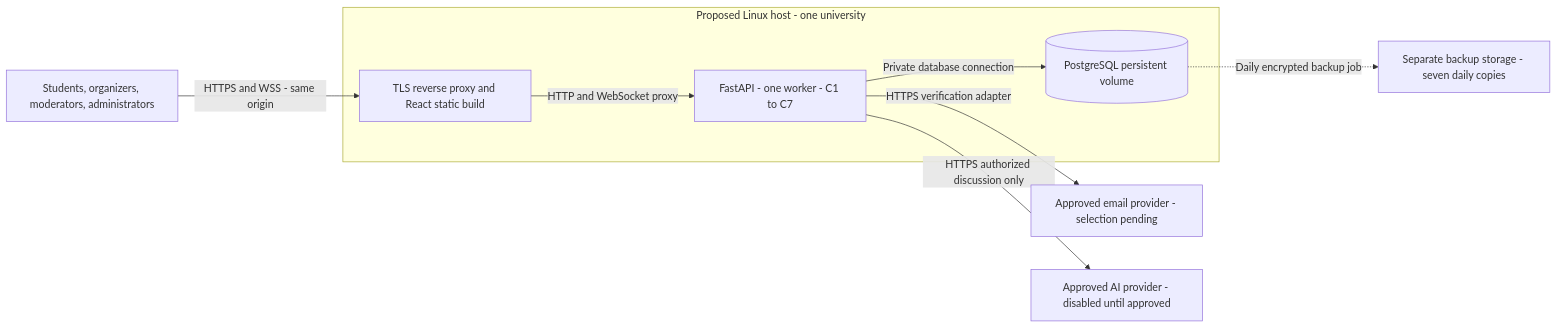
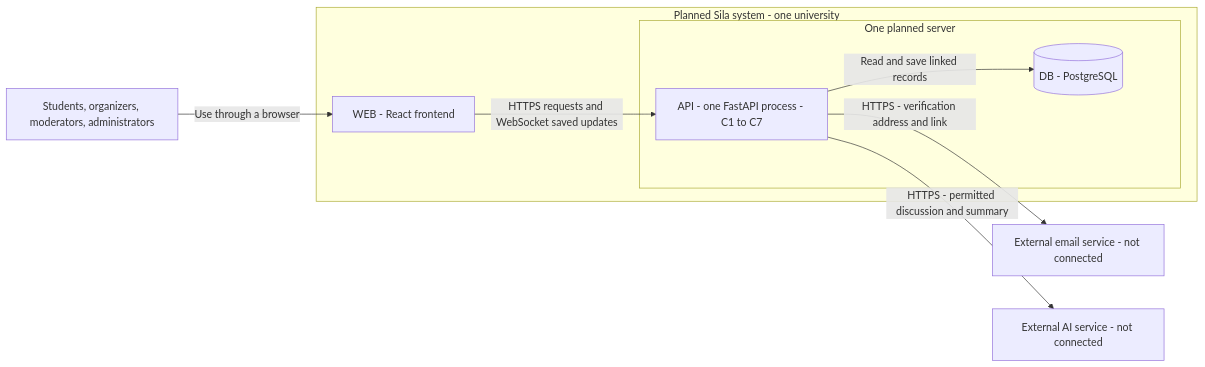
The diagram in docs/diagrams/assignment-2-deployment.mmd (lum-afk/Campus-Social-Network-Project), drawn with Mermaid before and after one commit. The commit also changed 9 other files, not shown here.

```diff
--- a/docs/diagrams/assignment-2-deployment.mmd
+++ b/docs/diagrams/assignment-2-deployment.mmd
@@ -1,13 +1,14 @@
 flowchart LR
     U[Students, organizers, moderators, administrators]
-    subgraph HOST[Proposed Linux host - one university]
-        WEB[TLS reverse proxy and React static build]
-        API[FastAPI - one worker - C1 to C7]
-        DB[(PostgreSQL persistent volume)]
-        WEB -->|HTTP and WebSocket proxy| API
-        API -->|Private database connection| DB
+    subgraph SILA[Planned Sila system - one university]
+        WEB[WEB - React frontend]
+        subgraph SERVER[One planned server]
+            API[API - one FastAPI process - C1 to C7]
+            DB[(DB - PostgreSQL)]
+        end
+        WEB -->|HTTPS requests and WebSocket saved updates| API
+        API -->|Read and save linked records| DB
     end
-    U -->|HTTPS and WSS - same origin| WEB
-    API -->|HTTPS verification adapter| EMAIL[Approved email provider - selection pending]
-    API -->|HTTPS authorized discussion only| AI[Approved AI provider - disabled until approved]
-    DB -.->|Daily encrypted backup job| BACKUP[Separate backup storage - seven daily copies]
+    U -->|Use through a browser| WEB
+    API -->|HTTPS - verification address and link| EMAIL[External email service - not connected]
+    API -->|HTTPS - permitted discussion and summary| AI[External AI service - not connected]
```
